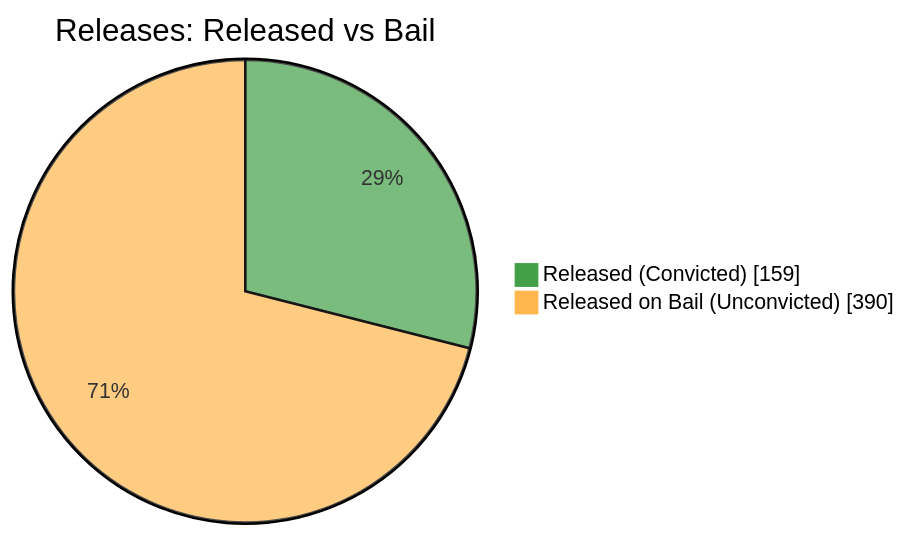
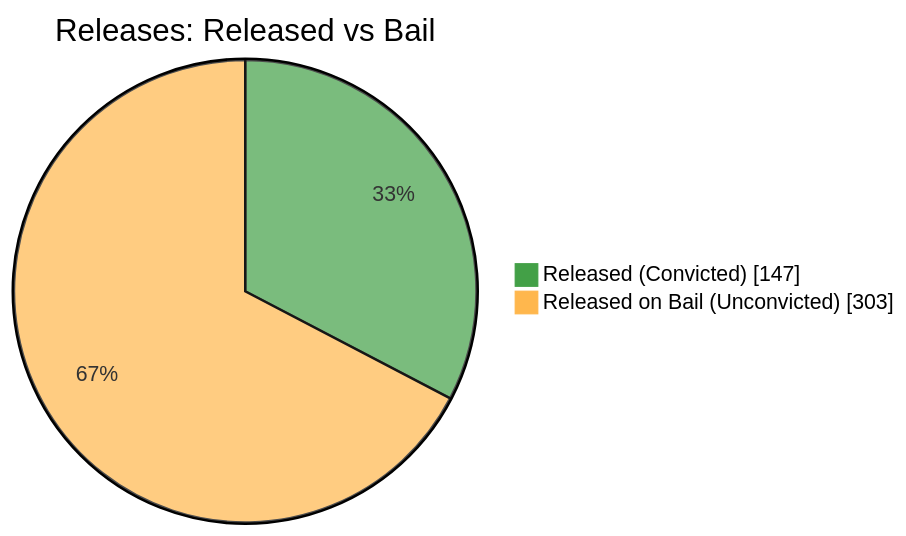
One commit to nuuuwan/lk_prisons changed the fifth of 7 diagrams in README.md. Above: the diagram before and after it, drawn with Mermaid. The commit also changed other lines of this file and 1 other file, not shown here.

````diff
--- a/README.md
+++ b/README.md
@@ -87,6 +87,6 @@
 ```mermaid
 %%{init: {'themeVariables': {'pie1': '#43A047', 'pie2': '#FFB74D'}}}%%
 pie showData title Releases: Released vs Bail
-    "Released (Convicted)" : 159
-    "Released on Bail (Unconvicted)" : 390
+    "Released (Convicted)" : 147
+    "Released on Bail (Unconvicted)" : 303
 ```
````
